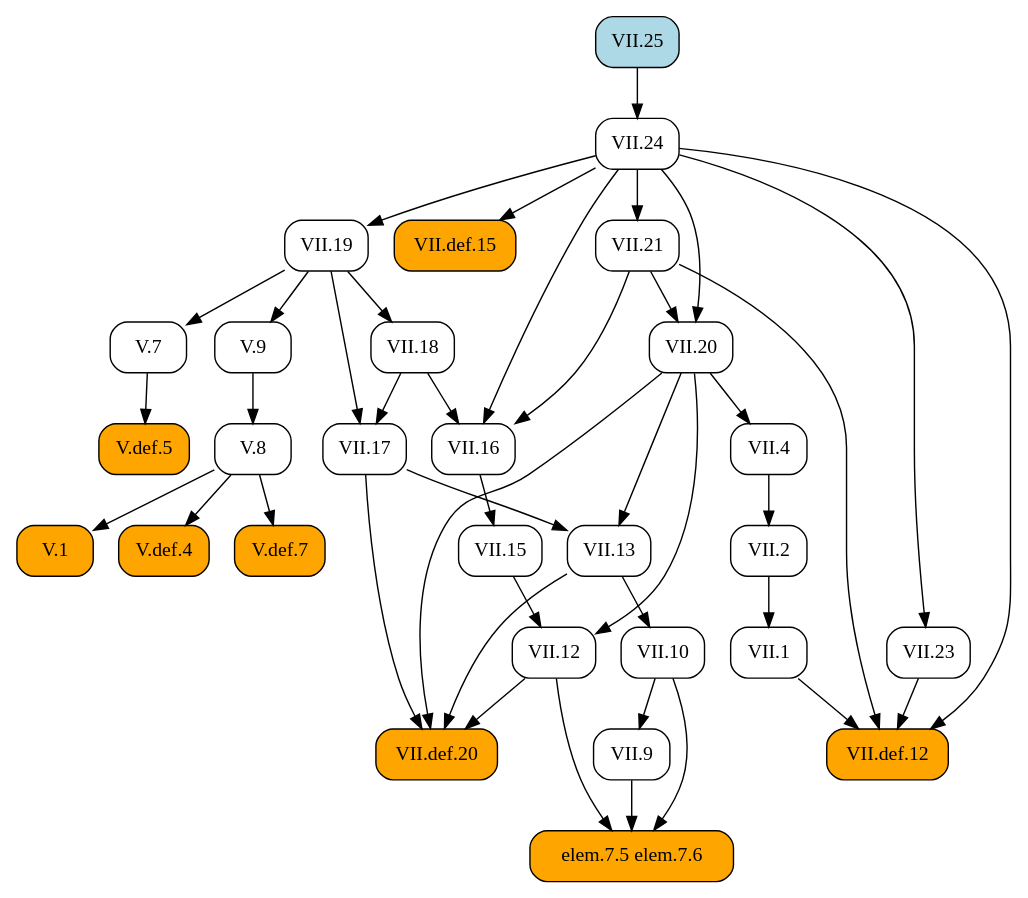
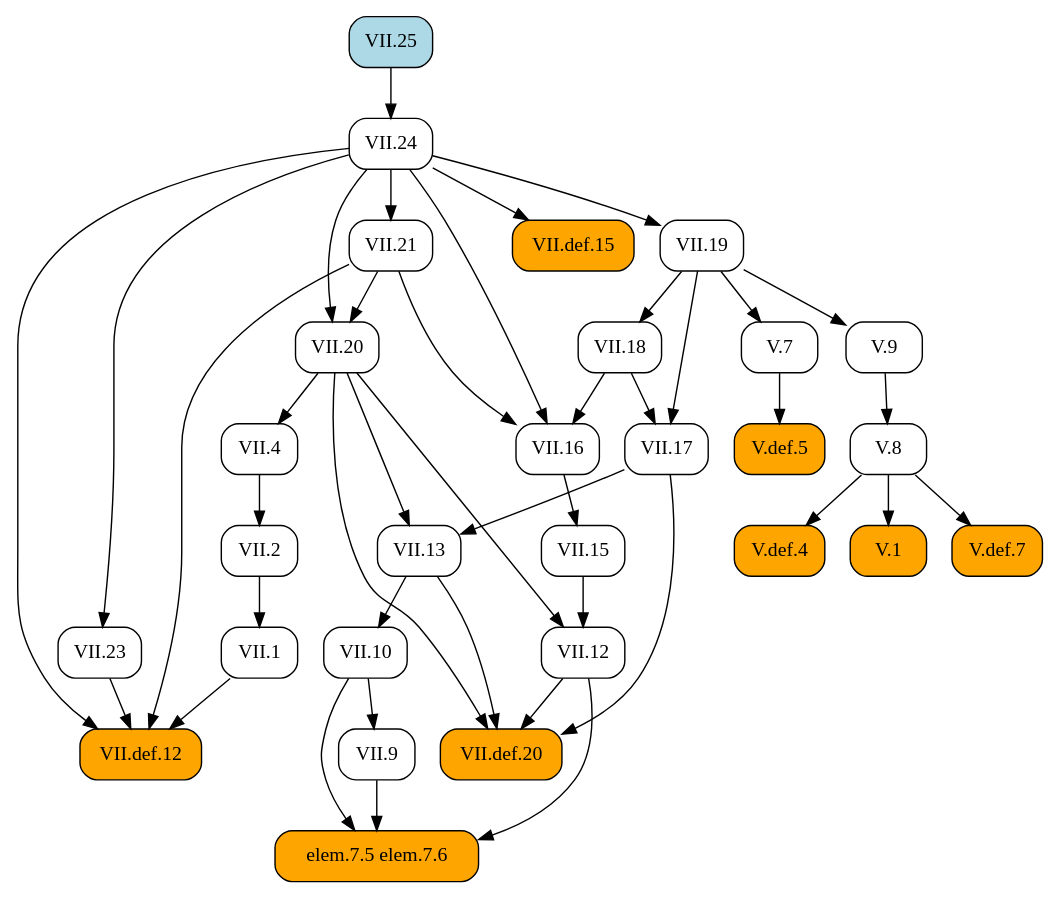
The diagram in docsrc/heath/VII/25/index.rst (geometor/elements), drawn with Graphviz before and after one commit. The commit also changed other lines of this file and 484 other files, not shown here.

```diff
--- a/docsrc/heath/VII/25/index.rst
+++ b/docsrc/heath/VII/25/index.rst
@@ -37,75 +37,75 @@
 .. graphviz::
 
    digraph {
      rankdir="TB";
      node [shape=box, style=rounded];
-     "VII.def.12" [style="rounded,filled", fillcolor=orange, URL="/heath/VII/def.12/", target="_top"];
-     "V.8" [URL="/heath/V/8/", target="_top"];
-     "VII.1" [URL="/heath/VII/1/", target="_top"];
-     "VII.10" [URL="/heath/VII/10/", target="_top"];
+     "VII.12" [URL="/heath/VII/12/", target="_top"];
+     "elem.7.5 elem.7.6" [style="rounded,filled", fillcolor=orange];
+     "V.def.7" [style="rounded,filled", fillcolor=orange, URL="/heath/V/def.7/", target="_top"];
      "VII.9" [URL="/heath/VII/9/", target="_top"];
-     "VII.def.15" [style="rounded,filled", fillcolor=orange, URL="/heath/VII/def.15/", target="_top"];
-     "V.def.5" [style="rounded,filled", fillcolor=orange, URL="/heath/V/def.5/", target="_top"];
-     "VII.19" [URL="/heath/VII/19/", target="_top"];
      "VII.18" [URL="/heath/VII/18/", target="_top"];
      "VII.16" [URL="/heath/VII/16/", target="_top"];
+     "V.7" [URL="/heath/V/7/", target="_top"];
+     "VII.21" [URL="/heath/VII/21/", target="_top"];
+     "V.def.5" [style="rounded,filled", fillcolor=orange, URL="/heath/V/def.5/", target="_top"];
+     "V.def.4" [style="rounded,filled", fillcolor=orange, URL="/heath/V/def.4/", target="_top"];
+     "V.9" [URL="/heath/V/9/", target="_top"];
+     "VII.1" [URL="/heath/VII/1/", target="_top"];
+     "VII.25" [style="rounded,filled", fillcolor=lightblue, URL="/heath/VII/25/", target="_top"];
+     "VII.10" [URL="/heath/VII/10/", target="_top"];
+     "V.8" [URL="/heath/V/8/", target="_top"];
+     "VII.13" [URL="/heath/VII/13/", target="_top"];
+     "VII.23" [URL="/heath/VII/23/", target="_top"];
      "VII.4" [URL="/heath/VII/4/", target="_top"];
-     "VII.25" [style="rounded,filled", fillcolor=lightblue, URL="/heath/VII/25/", target="_top"];
-     "VII.21" [URL="/heath/VII/21/", target="_top"];
+     "VII.def.12" [style="rounded,filled", fillcolor=orange, URL="/heath/VII/def.12/", target="_top"];
+     "VII.20" [URL="/heath/VII/20/", target="_top"];
      "V.1" [style="rounded,filled", fillcolor=orange, URL="/heath/V/1/", target="_top"];
+     "VII.def.15" [style="rounded,filled", fillcolor=orange, URL="/heath/VII/def.15/", target="_top"];
+     "VII.24" [URL="/heath/VII/24/", target="_top"];
      "VII.17" [URL="/heath/VII/17/", target="_top"];
-     "elem.7.5 elem.7.6" [style="rounded,filled", fillcolor=orange];
-     "VII.20" [URL="/heath/VII/20/", target="_top"];
+     "VII.19" [URL="/heath/VII/19/", target="_top"];
+     "VII.2" [URL="/heath/VII/2/", target="_top"];
+     "VII.def.20" [style="rounded,filled", fillcolor=orange, URL="/heath/VII/def.20/", target="_top"];
      "VII.15" [URL="/heath/VII/15/", target="_top"];
-     "V.7" [URL="/heath/V/7/", target="_top"];
-     "V.9" [URL="/heath/V/9/", target="_top"];
-     "V.def.4" [style="rounded,filled", fillcolor=orange, URL="/heath/V/def.4/", target="_top"];
-     "VII.13" [URL="/heath/VII/13/", target="_top"];
-     "VII.2" [URL="/heath/VII/2/", target="_top"];
-     "V.def.7" [style="rounded,filled", fillcolor=orange, URL="/heath/V/def.7/", target="_top"];
-     "VII.12" [URL="/heath/VII/12/", target="_top"];
-     "VII.23" [URL="/heath/VII/23/", target="_top"];
-     "VII.24" [URL="/heath/VII/24/", target="_top"];
-     "VII.def.20" [style="rounded,filled", fillcolor=orange, URL="/heath/VII/def.20/", target="_top"];
+     "VII.15" -> "VII.12";
+     "VII.20" -> "VII.12";
+     "VII.9" -> "elem.7.5 elem.7.6";
+     "VII.10" -> "elem.7.5 elem.7.6";
+     "VII.12" -> "elem.7.5 elem.7.6";
+     "V.8" -> "V.def.7";
+     "VII.10" -> "VII.9";
+     "VII.19" -> "VII.18";
+     "VII.18" -> "VII.16";
+     "VII.21" -> "VII.16";
+     "VII.24" -> "VII.16";
+     "VII.19" -> "V.7";
+     "VII.24" -> "VII.21";
+     "V.7" -> "V.def.5";
+     "V.8" -> "V.def.4";
+     "VII.19" -> "V.9";
+     "VII.2" -> "VII.1";
+     "VII.13" -> "VII.10";
+     "V.9" -> "V.8";
+     "VII.17" -> "VII.13";
+     "VII.20" -> "VII.13";
+     "VII.24" -> "VII.23";
+     "VII.20" -> "VII.4";
      "VII.1" -> "VII.def.12";
      "VII.21" -> "VII.def.12";
      "VII.23" -> "VII.def.12";
      "VII.24" -> "VII.def.12";
-     "V.9" -> "V.8";
-     "VII.2" -> "VII.1";
-     "VII.13" -> "VII.10";
-     "VII.10" -> "VII.9";
+     "VII.21" -> "VII.20";
+     "VII.24" -> "VII.20";
+     "V.8" -> "V.1";
      "VII.24" -> "VII.def.15";
-     "V.7" -> "V.def.5";
-     "VII.24" -> "VII.19";
-     "VII.19" -> "VII.18";
-     "VII.18" -> "VII.16";
-     "VII.21" -> "VII.16";
-     "VII.24" -> "VII.16";
-     "VII.20" -> "VII.4";
-     "VII.24" -> "VII.21";
-     "V.8" -> "V.1";
+     "VII.25" -> "VII.24";
      "VII.18" -> "VII.17";
      "VII.19" -> "VII.17";
-     "VII.9" -> "elem.7.5 elem.7.6";
-     "VII.10" -> "elem.7.5 elem.7.6";
-     "VII.12" -> "elem.7.5 elem.7.6";
-     "VII.21" -> "VII.20";
-     "VII.24" -> "VII.20";
-     "VII.16" -> "VII.15";
-     "VII.19" -> "V.7";
-     "VII.19" -> "V.9";
-     "V.8" -> "V.def.4";
-     "VII.17" -> "VII.13";
-     "VII.20" -> "VII.13";
+     "VII.24" -> "VII.19";
      "VII.4" -> "VII.2";
-     "V.8" -> "V.def.7";
-     "VII.15" -> "VII.12";
-     "VII.20" -> "VII.12";
-     "VII.24" -> "VII.23";
-     "VII.25" -> "VII.24";
      "VII.12" -> "VII.def.20";
      "VII.13" -> "VII.def.20";
      "VII.17" -> "VII.def.20";
      "VII.20" -> "VII.def.20";
+     "VII.16" -> "VII.15";
    }
```
